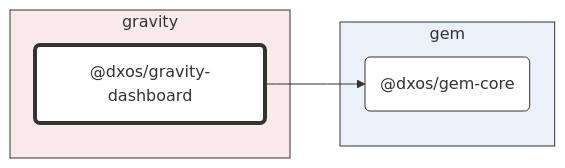
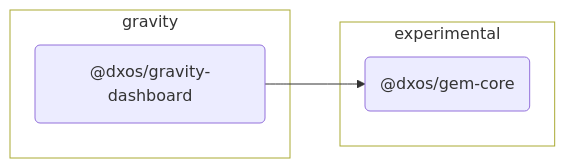
One commit to dxos/dxos changed the diagram in packages/gravity/gravity-dashboard/docs/README.md. Above: the diagram before and after it, drawn with Mermaid. The commit also changed other lines of this file and 127 other files, not shown here.

````diff
--- a/packages/gravity/gravity-dashboard/docs/README.md
+++ b/packages/gravity/gravity-dashboard/docs/README.md
@@ -7,27 +7,26 @@
 ```mermaid
 %%{ init: {'flowchart':{'curve':'basis'}} }%%
 
 flowchart LR
 
 %% Classes
-classDef def fill:#fff,stroke:#333,stroke-width:1px
-classDef root fill:#fff,stroke:#333,stroke-width:4px
+
+
 
 %% Nodes
 
 subgraph gravity [gravity]
-  style gravity fill:#faebeb,stroke:#333
+  style gravity fill:transparent
   dxos/gravity-dashboard("@dxos/gravity-dashboard"):::root
   click dxos/gravity-dashboard "dxos/dxos/tree/main/packages/gravity/gravity-dashboard/docs"
 end
 
-subgraph gem [gem]
-  style gem fill:#ebf1fa,stroke:#333
+subgraph experimental [experimental]
+  style experimental fill:transparent
   dxos/gem-core("@dxos/gem-core"):::def
-  click dxos/gem-core "dxos/dxos/tree/main/packages/gem/gem-core/docs"
+  click dxos/gem-core "dxos/dxos/tree/main/packages/experimental/gem-core/docs"
 end
 
 %% Links
-linkStyle default stroke:#333,stroke-width:1px
 dxos/gravity-dashboard --> dxos/gem-core
 ```
````
